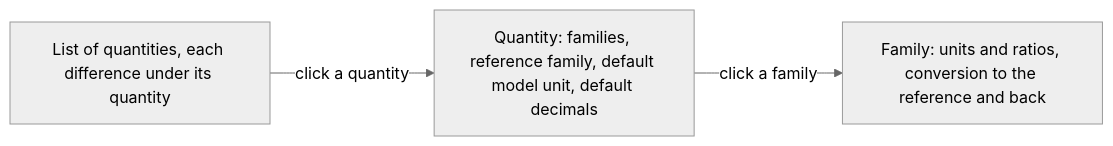
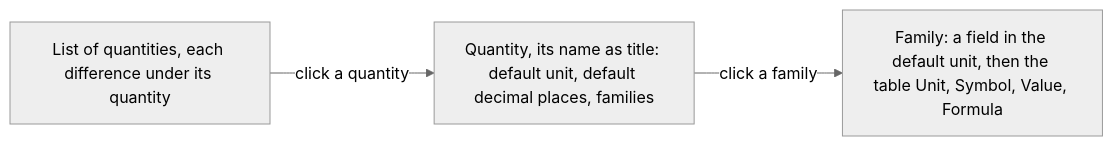
One commit to AlexandreGallais/synoptic-studio-spec changed the sixth of 7 diagrams in metadata/05-units.md. Above: the diagram before and after it, drawn with Mermaid (neutral theme). The commit also changed other lines of this file and 7 other files, not shown here.

````diff
--- a/metadata/05-units.md
+++ b/metadata/05-units.md
@@ -136,5 +148,5 @@
 ```mermaid
 flowchart LR
-    L["List of quantities, each difference under its quantity"] -->|"click a quantity"| Q["Quantity: families, reference family, default model unit, default decimals"]
-    Q -->|"click a family"| F["Family: units and ratios, conversion to the reference and back"]
+    L["List of quantities, each difference under its quantity"] -->|"click a quantity"| Q["Quantity, its name as title: default unit, default decimal places, families"]
+    Q -->|"click a family"| F["Family: a field in the default unit, then the table Unit, Symbol, Value, Formula"]
 ```
````
